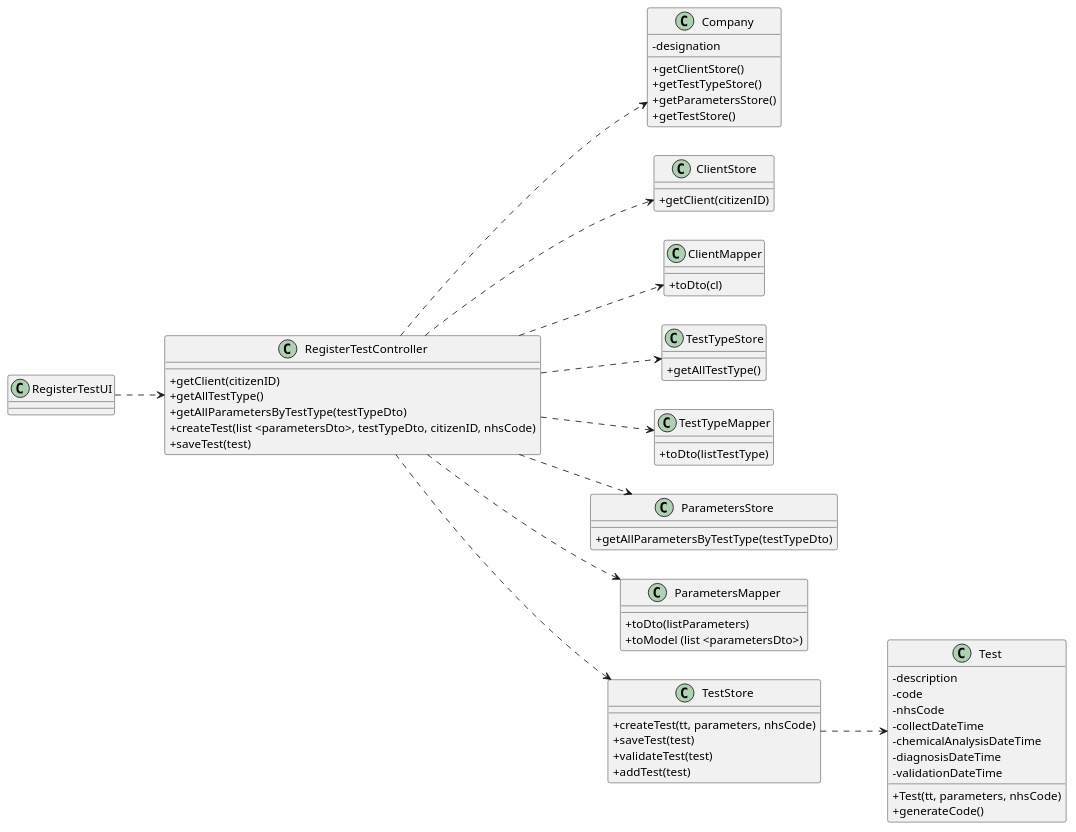
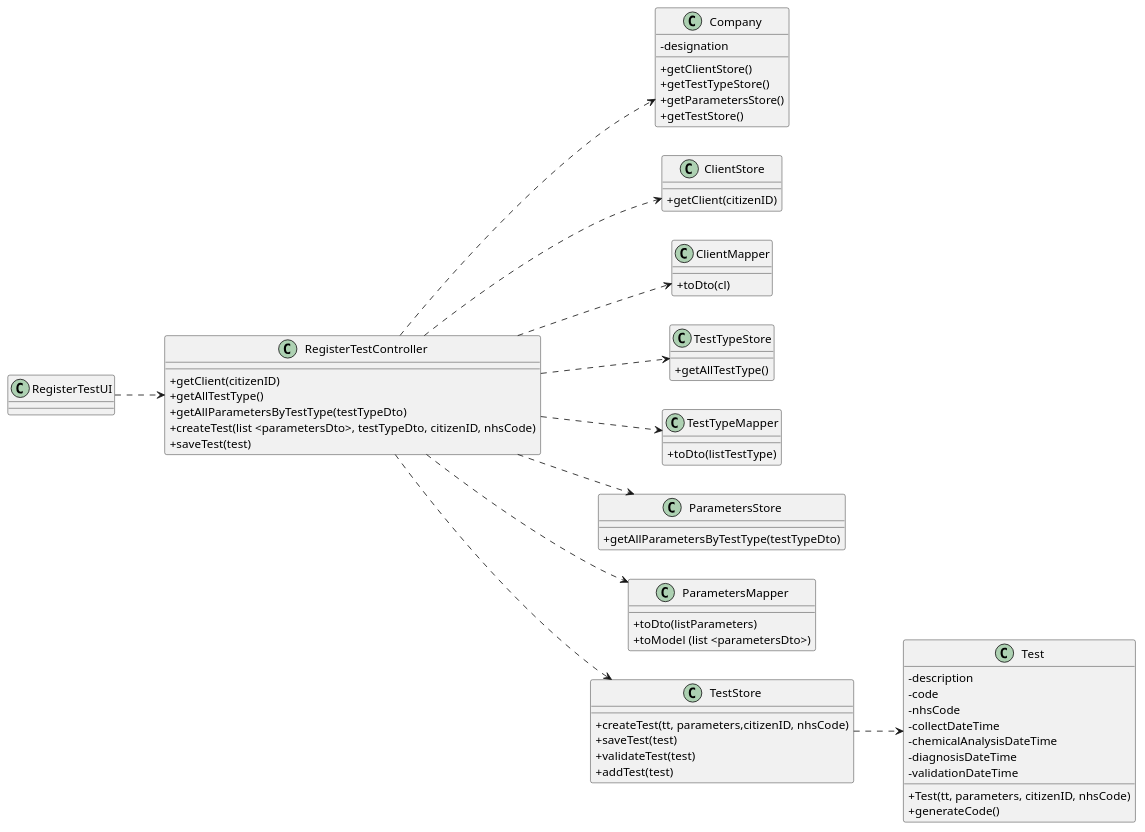
Before and after one commit to 0franciscor/lei-21-s2-1de-g19: the diagram in docs/SprintC/US04/US04-CD.puml, drawn with PlantUML. The commit also changed 13 other files, not shown here.

```diff
--- a/docs/SprintC/US04/US04-CD.puml
+++ b/docs/SprintC/US04/US04-CD.puml
@@ -1,81 +1,81 @@
 @startuml
 'https://plantuml.com/class-diagram
 
 skinparam classAttributeIconSize 0
 left to right direction
 
 class "RegisterTestUI" as RTUI
 
 class "RegisterTestController" as RTC {
 +getClient(citizenID)
 +getAllTestType()
 +getAllParametersByTestType(testTypeDto)
 +createTest(list <parametersDto>, testTypeDto, citizenID, nhsCode)
 +saveTest(test)
 }
 
 class "Company" as C {
 -designation
 +getClientStore()
 +getTestTypeStore()
 +getParametersStore()
 +getTestStore()
 }
 
 class "ClientStore" as CS {
 +getClient(citizenID)
 }
 
 class "ClientMapper" as CM {
 +toDto(cl)
 }
 
 class "TestTypeStore" as TTS {
 +getAllTestType()
 }
 
 class "TestTypeMapper" as TTM {
 +toDto(listTestType)
 }
 
 class "ParametersStore" as PS {
 +getAllParametersByTestType(testTypeDto)
 }
 
 class "ParametersMapper" as PM {
 +toDto(listParameters)
 +toModel (list <parametersDto>)
 }
 
 class "TestStore" as TS {
-+createTest(tt, parameters, nhsCode)
++createTest(tt, parameters,citizenID, nhsCode)
 +saveTest(test)
 +validateTest(test)
 +addTest(test)
 }
 
 class "Test" as T {
 -description
 -code
 -nhsCode
 -collectDateTime
 -chemicalAnalysisDateTime
 -diagnosisDateTime
 -validationDateTime
-+Test(tt, parameters, nhsCode)
++Test(tt, parameters, citizenID, nhsCode)
 +generateCode()
 }
 
 RTUI ..> RTC
 RTC ..> CS
 RTC ..> CM
 RTC ..> C
 RTC ..> TTS
 RTC ..> TTM
 RTC ..> PS
 RTC ..> PM
 RTC ..> TS
 TS ..> T
 
 
 @enduml
```
